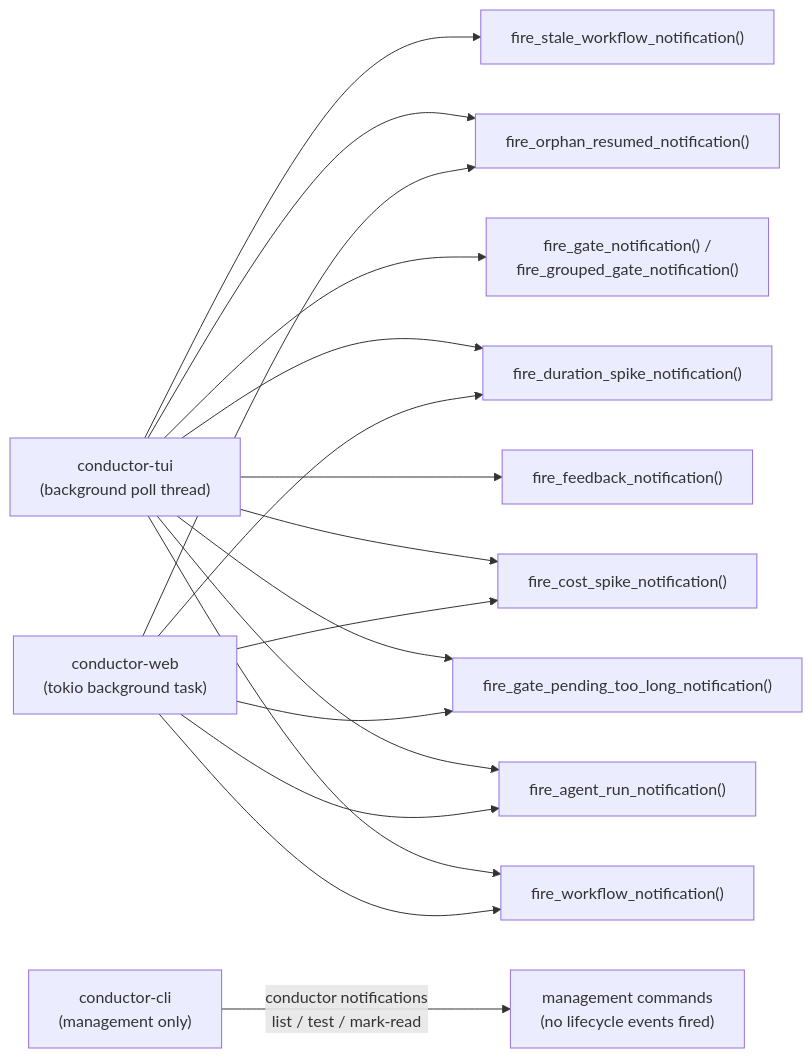
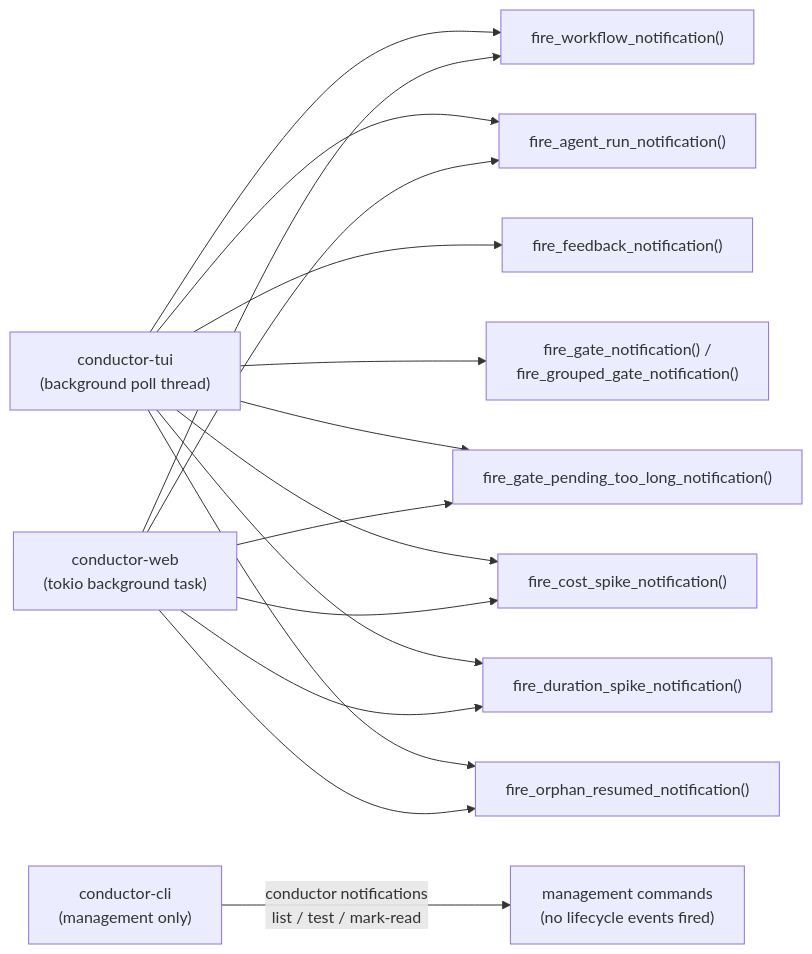
Before and after one commit to devinrosen/conductor-ai: the second of 6 diagrams in docs/notification-hooks.md, drawn with Mermaid. The commit also changed other lines of this file and 18 other files, not shown here.

````diff
--- a/docs/notification-hooks.md
+++ b/docs/notification-hooks.md
@@ -54,35 +53,33 @@
 ```mermaid
 graph LR
     TUI["conductor-tui\n(background poll thread)"]
     WEB["conductor-web\n(tokio background task)"]
     CLI["conductor-cli\n(management only)"]
 
     FWN["fire_workflow_notification()"]
     FAN["fire_agent_run_notification()"]
     FFN["fire_feedback_notification()"]
     FGN["fire_gate_notification() /\nfire_grouped_gate_notification()"]
     FGPN["fire_gate_pending_too_long_notification()"]
     FCN["fire_cost_spike_notification()"]
     FDN["fire_duration_spike_notification()"]
     FORN["fire_orphan_resumed_notification()"]
-    FSN["fire_stale_workflow_notification()"]
 
     TUI --> FWN
     TUI --> FAN
     TUI --> FFN
     TUI --> FGN
     TUI --> FGPN
     TUI --> FCN
     TUI --> FDN
     TUI --> FORN
-    TUI --> FSN
 
     WEB --> FWN
     WEB --> FAN
     WEB --> FGPN
     WEB --> FCN
     WEB --> FDN
     WEB --> FORN
 
     CLI -->|"conductor notifications\nlist / test / mark-read"| MGMT["management commands\n(no lifecycle events fired)"]
 ```
````
